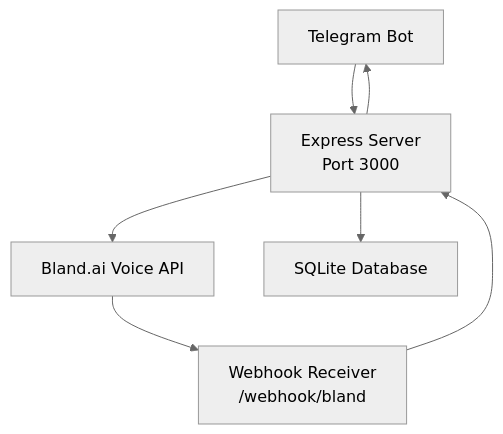
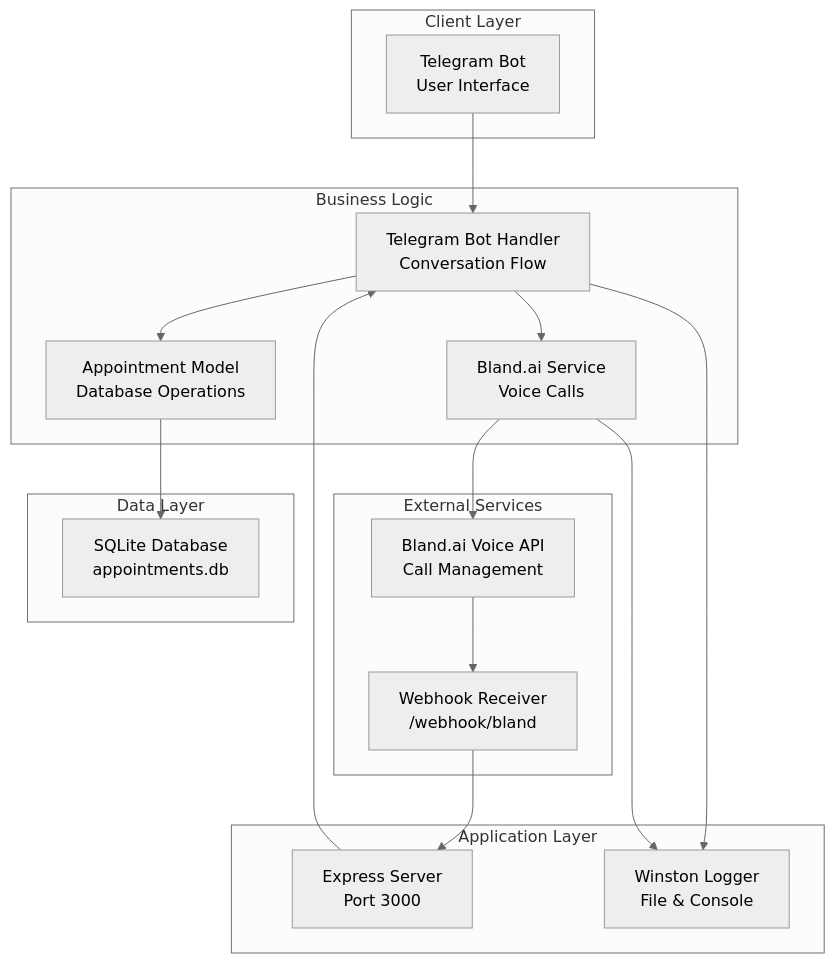
Before and after one commit to Armanda888/appointment-voice-agent: the diagram in .qoder/repowiki/en/content/Getting Started.md, drawn with Mermaid (neutral theme). The commit also changed other lines of this file and 14 other files, not shown here.

````diff
--- a/.qoder/repowiki/en/content/Getting Started.md
+++ b/.qoder/repowiki/en/content/Getting Started.md
@@ -85,9 +212,32 @@
 ```mermaid
 graph TB
-Telegram["Telegram Bot"] --> Server["Express Server<br/>Port 3000"]
-Server --> Bland["Bland.ai Voice API"]
-Server --> DB["SQLite Database"]
-Bland --> Callback["Webhook Receiver<br/>/webhook/bland"]
-Callback --> Server
-Server --> Telegram
+subgraph "Client Layer"
+Telegram["Telegram Bot<br/>User Interface"]
+end
+subgraph "Application Layer"
+Express["Express Server<br/>Port 3000"]
+Logger["Winston Logger<br/>File & Console"]
+end
+subgraph "Business Logic"
+TelegramBot["Telegram Bot Handler<br/>Conversation Flow"]
+AppointmentModel["Appointment Model<br/>Database Operations"]
+BlandService["Bland.ai Service<br/>Voice Calls"]
+end
+subgraph "External Services"
+BlandAPI["Bland.ai Voice API<br/>Call Management"]
+Webhook["Webhook Receiver<br/>/webhook/bland"]
+end
+subgraph "Data Layer"
+SQLiteDB["SQLite Database<br/>appointments.db"]
+end
+Telegram --> TelegramBot
+TelegramBot --> AppointmentModel
+TelegramBot --> BlandService
+BlandService --> BlandAPI
+BlandAPI --> Webhook
+Webhook --> Express
+Express --> TelegramBot
+TelegramBot --> Logger
+AppointmentModel --> SQLiteDB
+BlandService --> Logger
 ```
````
